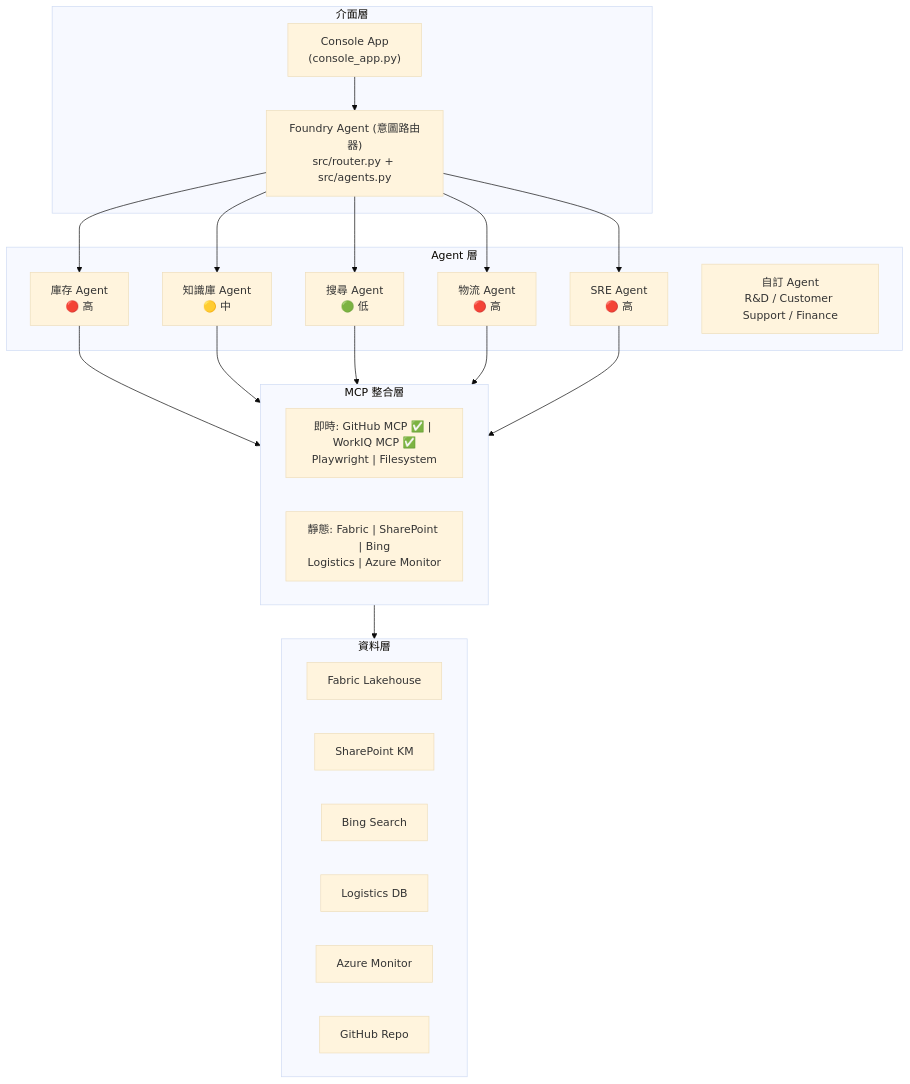
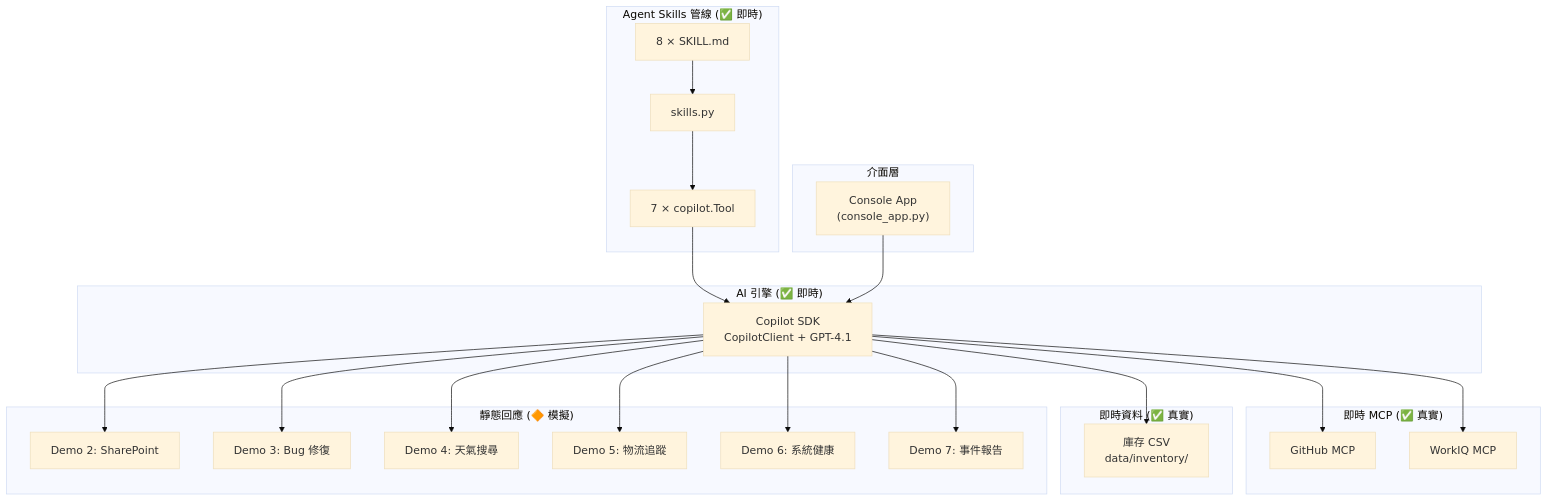
The diagram in tech-summary-zhtw.md (payton-chou-ms/poc-agents-league-techconnect-2026), drawn with Mermaid (base theme) before and after one commit. The commit also changed other lines of this file and 3 other files, not shown here.

Commit message:
Refactor tech summary: Enhance clarity and structure, update architecture overview, and improve skill definitions. Introduce live vs simulated components breakdown and streamline incident workflow descriptions.

````diff
--- a/tech-summary-zhtw.md
+++ b/tech-summary-zhtw.md
@@ -28,38 +55,38 @@
 ```mermaid
 graph TD
     subgraph Interface["介面層"]
         CLI["Console App<br/>(console_app.py)"]
-        CLI --> Router["Foundry Agent (意圖路由器)<br/>src/router.py + src/agents.py"]
     end
 
-    subgraph Agents["Agent 層"]
-        Router --> Inv["庫存 Agent<br/>🔴 高"]
-        Router --> Know["知識庫 Agent<br/>🟡 中"]
-        Router --> Search["搜尋 Agent<br/>🟢 低"]
-        Router --> Log["物流 Agent<br/>🔴 高"]
-        Router --> SRE["SRE Agent<br/>🔴 高"]
-        Custom["自訂 Agent<br/>R&D / Customer Support / Finance"]
+    subgraph Engine["AI 引擎 (✅ 即時)"]
+        SDK["Copilot SDK<br/>CopilotClient + GPT-4.1"]
     end
 
-    subgraph MCP["MCP 整合層"]
-        direction LR
-        Live["即時: GitHub MCP ✅ | WorkIQ MCP ✅<br/>Playwright | Filesystem"]
-        Static["靜態: Fabric | SharePoint | Bing<br/>Logistics | Azure Monitor"]
+    subgraph Pipeline["Agent Skills 管線 (✅ 即時)"]
+        SKILL["8 × SKILL.md"] --> Parse["skills.py"] --> Tools["7 × copilot.Tool"]
+        Tools --> SDK
     end
 
-    subgraph Data["資料層"]
-        FL["Fabric Lakehouse"]
-        SPKM["SharePoint KM"]
-        Bing["Bing Search"]
-        LDB["Logistics DB"]
-        AzMon["Azure Monitor"]
-        GH["GitHub Repo"]
+    subgraph LiveMCP["即時 MCP (✅ 真實)"]
+        GitHub["GitHub MCP"]
+        WorkIQ["WorkIQ MCP"]
     end
 
-    Inv --> MCP
-    Know --> MCP
-    Search --> MCP
-    Log --> MCP
-    SRE --> MCP
-    MCP --> Data
+    subgraph LiveData["即時資料 (✅ 真實)"]
+        CSV["庫存 CSV<br/>data/inventory/"]
+    end
+
+    subgraph Static["靜態回應 (🔶 模擬)"]
+        D2["Demo 2: SharePoint"]
+        D3["Demo 3: Bug 修復"]
+        D4["Demo 4: 天氣搜尋"]
+        D5["Demo 5: 物流追蹤"]
+        D6["Demo 6: 系統健康"]
+        D7["Demo 7: 事件報告"]
+    end
+
+    CLI --> SDK
+    SDK --> GitHub & WorkIQ
+    SDK --> CSV
+    SDK --> D2 & D3 & D4 & D5 & D6 & D7
 ```
````
